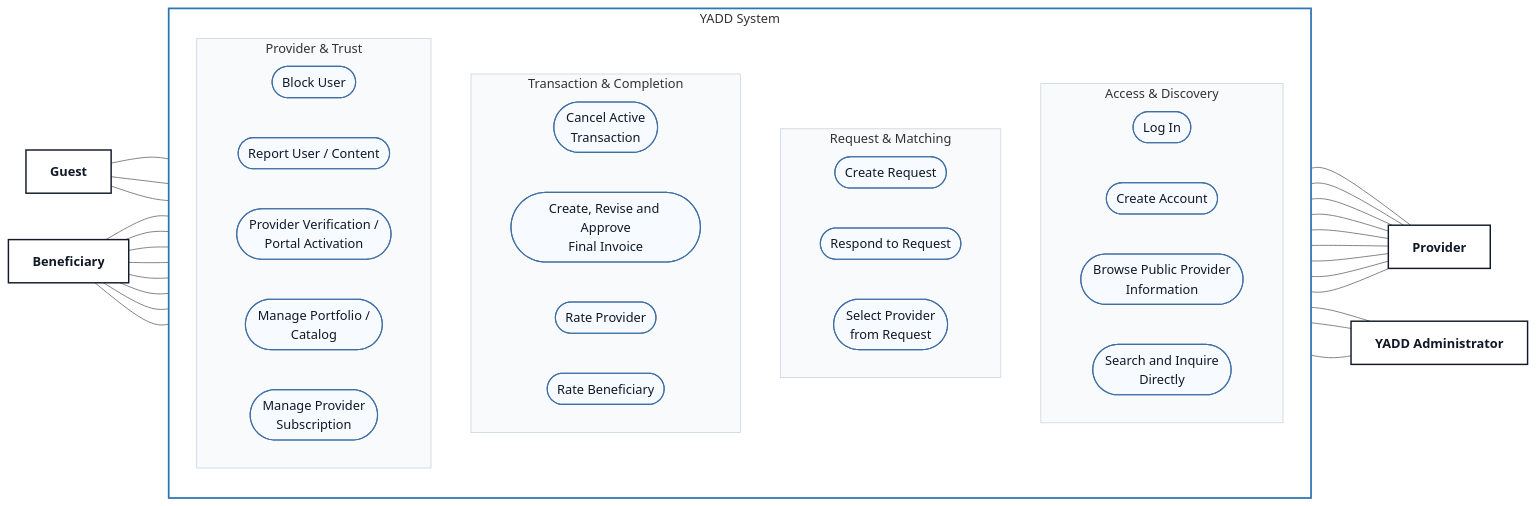
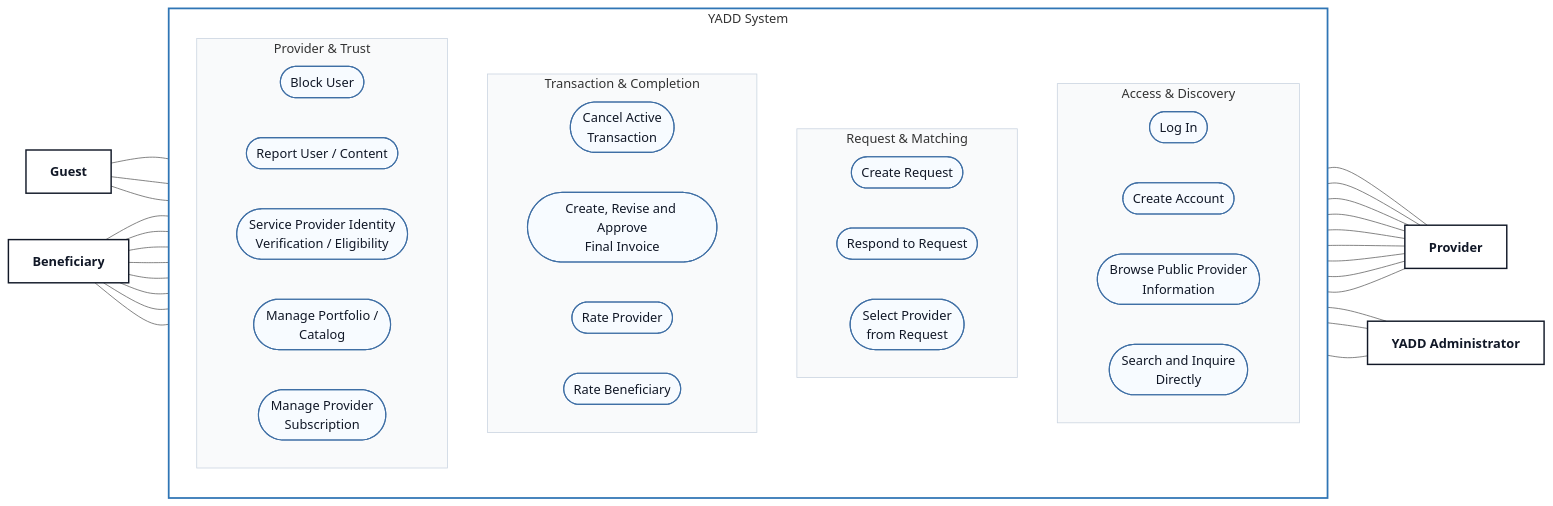
Before and after one commit to Yadd-SanaaUniversityGraduationProject/yadd: the diagram in diagrams/03-analysis/uml/use-case/00-main-overview.md, drawn with Mermaid (neutral theme).

Commit message:
uml: scope verification use case to service providers

````diff
--- a/diagrams/03-analysis/uml/use-case/00-main-overview.md
+++ b/diagrams/03-analysis/uml/use-case/00-main-overview.md
@@ -16,80 +16,80 @@
 ```mermaid
 flowchart LR
     G["Guest"]:::actor
     B["Beneficiary"]:::actor
 
     subgraph SYS["YADD System"]
         direction TB
 
         subgraph ACCESS["Access & Discovery"]
             direction LR
             LOGIN(["Log In"]):::usecase
             REGISTER(["Create Account"]):::usecase
             UC00(["Browse Public Provider<br/>Information"]):::usecase
             UC01(["Search and Inquire<br/>Directly"]):::usecase
         end
 
         subgraph REQUESTS["Request & Matching"]
             direction LR
             UC02(["Create Request"]):::usecase
             UC03(["Respond to Request"]):::usecase
             UC04(["Select Provider<br/>from Request"]):::usecase
         end
 
         subgraph TRANSACTIONS["Transaction & Completion"]
             direction LR
             UC05(["Cancel Active<br/>Transaction"]):::usecase
             UC06(["Create, Revise and Approve<br/>Final Invoice"]):::usecase
             UC07(["Rate Provider"]):::usecase
             UC07B(["Rate Beneficiary"]):::usecase
         end
 
         subgraph TRUST["Provider & Trust"]
             direction LR
             BLOCK(["Block User"]):::usecase
             REPORT(["Report User / Content"]):::usecase
-            UC09(["Provider Verification /<br/>Portal Activation"]):::usecase
+            UC09(["Service Provider Identity<br/>Verification / Eligibility"]):::usecase
             UC10(["Manage Portfolio /<br/>Catalog"]):::usecase
             SUB(["Manage Provider<br/>Subscription"]):::usecase
         end
     end
 
     P["Provider"]:::actor
     A["YADD Administrator"]:::actor
 
     G --- LOGIN
     G --- REGISTER
     G --- UC00
 
     B --- UC01
     B --- UC02
     B --- UC04
     B --- UC05
     B --- UC06
     B --- UC07
     B --- BLOCK
     B --- REPORT
 
     UC01 --- P
     UC03 --- P
     UC05 --- P
     UC06 --- P
     UC07B --- P
     BLOCK --- P
     REPORT --- P
     UC09 --- P
     UC10 --- P
 
     REPORT --- A
     UC09 --- A
     SUB --- A
 
     classDef actor fill:#FFFFFF,stroke:#111827,stroke-width:1.8px,color:#111827,font-weight:bold;
     classDef usecase fill:#F7FBFF,stroke:#3F6FA5,stroke-width:1.4px,color:#111827;
 
     style SYS fill:#FFFFFF,stroke:#2F75B5,stroke-width:2.2px
     style ACCESS fill:#F9FAFB,stroke:#CBD5E1,stroke-width:1px
     style REQUESTS fill:#F9FAFB,stroke:#CBD5E1,stroke-width:1px
     style TRANSACTIONS fill:#F9FAFB,stroke:#CBD5E1,stroke-width:1px
     style TRUST fill:#F9FAFB,stroke:#CBD5E1,stroke-width:1px
 ```
````
